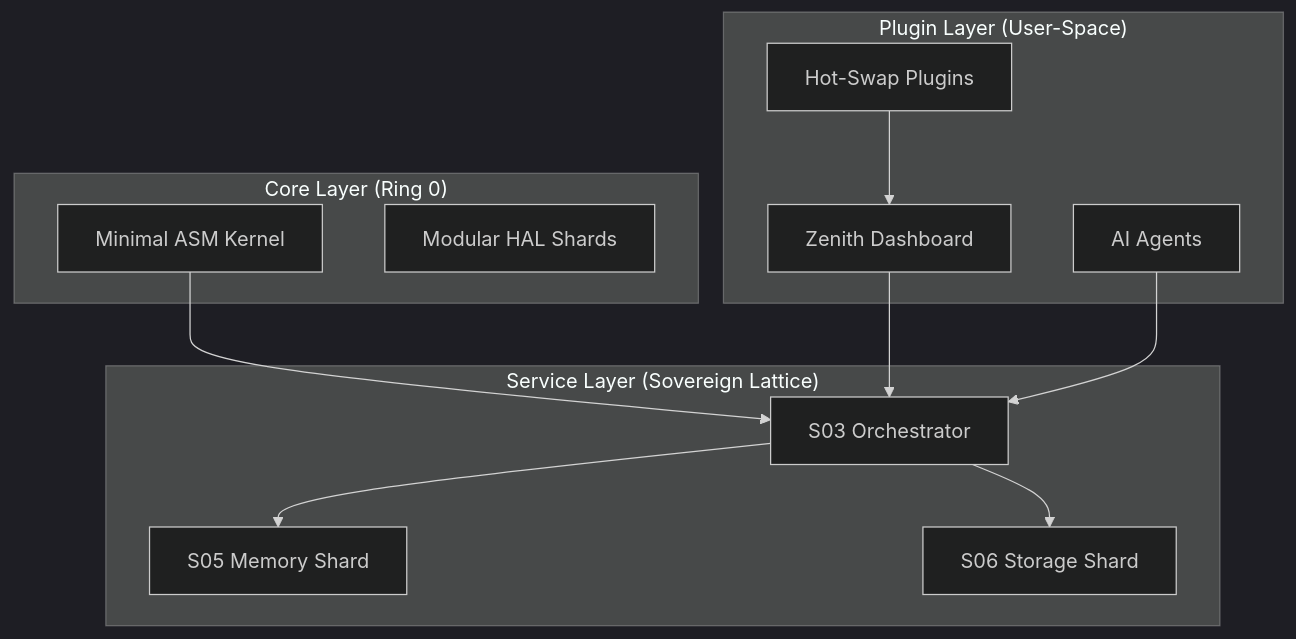
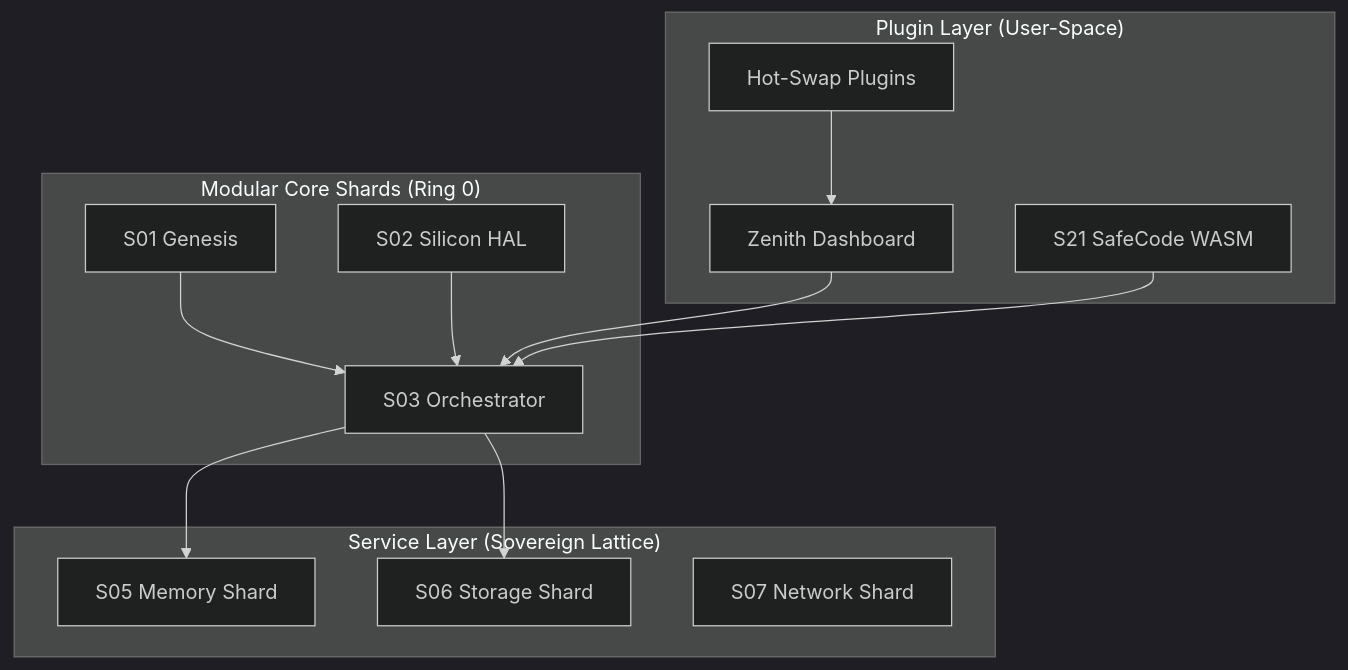
Before and after one commit to AaryanSinghChauhan09/SigmaOS: the first of 2 diagrams in ModularizationFramework.md, drawn with Mermaid (dark theme). The commit also changed other lines of this file, not shown here.

Commit message:
Σ SigmaOS: Wiki Update - Absolute Modularity Framework and Shard Architecture

````diff
--- a/ModularizationFramework.md
+++ b/ModularizationFramework.md
@@ -5,26 +5,28 @@
 ```mermaid
 graph TD
-    subgraph "Core Layer (Ring 0)"
-        Kernel[Minimal ASM Kernel]
-        HAL[Modular HAL Shards]
+    subgraph "Modular Core Shards (Ring 0)"
+        Genesis[S01 Genesis]
+        Silicon[S02 Silicon HAL]
+        Orch[S03 Orchestrator]
     end
     
     subgraph "Service Layer (Sovereign Lattice)"
-        Orch[S03 Orchestrator]
         Mem[S05 Memory Shard]
         Store[S06 Storage Shard]
+        Net[S07 Network Shard]
     end
     
     subgraph "Plugin Layer (User-Space)"
         UI[Zenith Dashboard]
         Ext[Hot-Swap Plugins]
-        Agents[AI Agents]
+        WASM[S21 SafeCode WASM]
     end
     
-    Kernel --> Orch
+    Genesis --> Orch
+    Silicon --> Orch
     Orch --> Mem
     Orch --> Store
     UI --> Orch
     Ext --> UI
-    Agents --> Orch
+    WASM --> Orch
 ```
````
